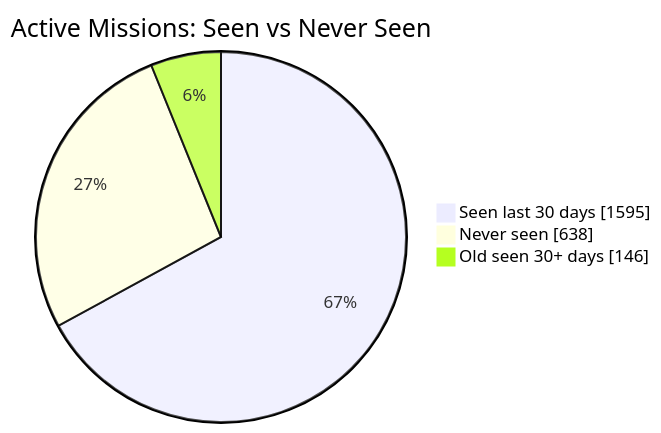
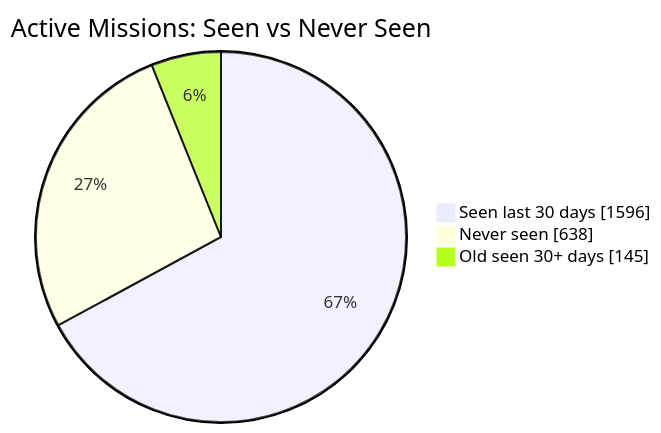
Before and after one commit to MeldkamerspelGameTeam/active-missions: the first of 2 diagrams in README.md, drawn with Mermaid. The commit also changed other lines of this file and 7 other files, not shown here.

````diff
--- a/README.md
+++ b/README.md
@@ -34,7 +34,7 @@
 ```mermaid
 pie showData
     title Active Missions: Seen vs Never Seen
-    "Seen last 30 days" : 1595
+    "Seen last 30 days" : 1596
     "Never seen" : 638
-    "Old seen 30+ days" : 146
+    "Old seen 30+ days" : 145
 ```
````
